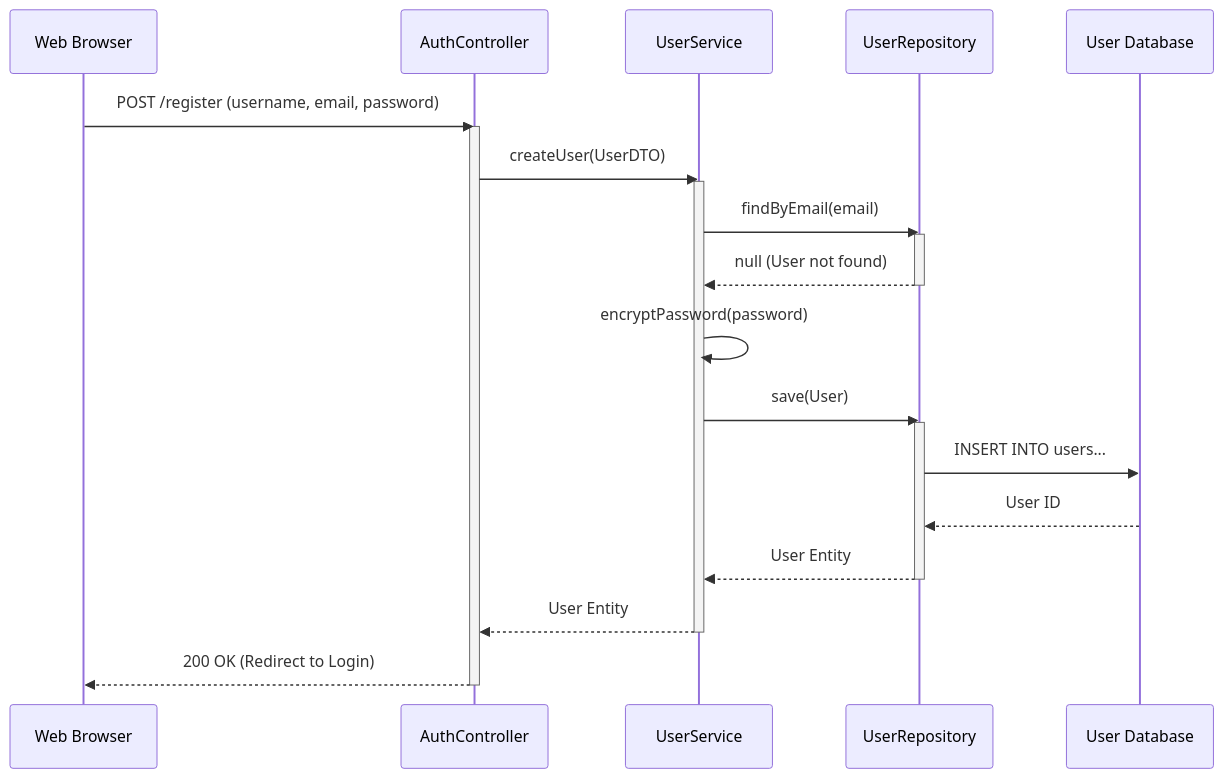
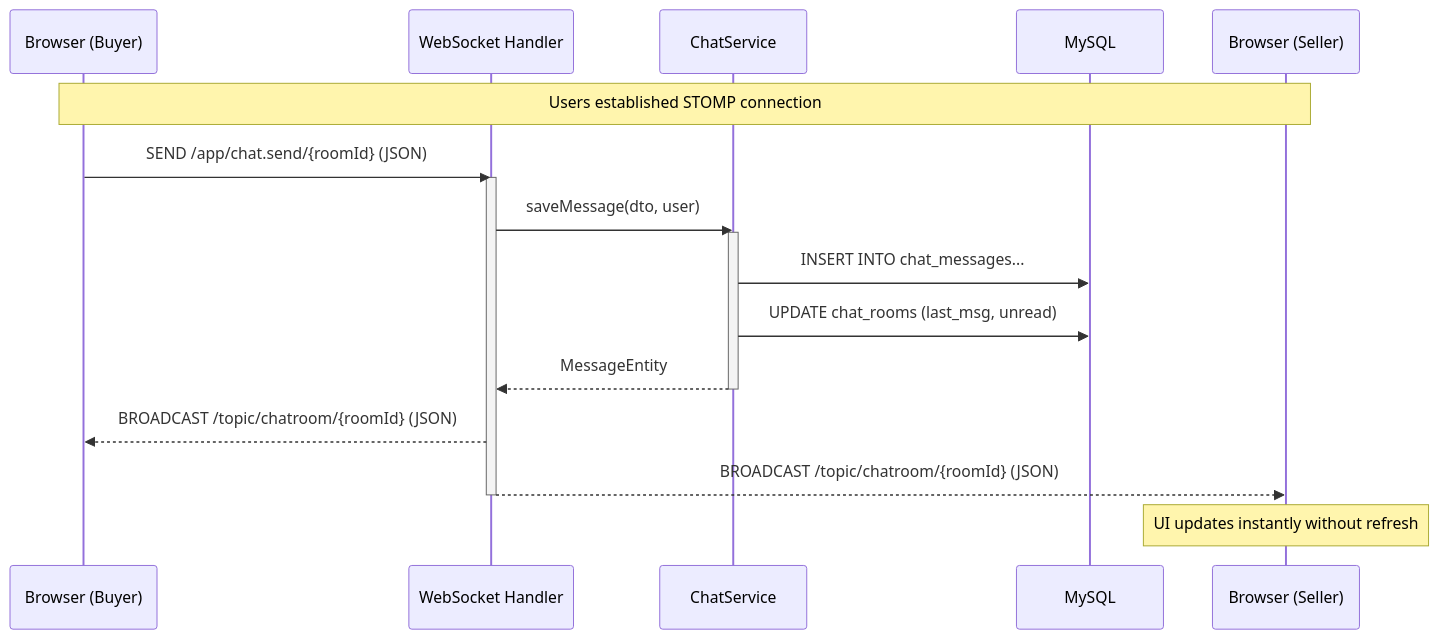
Before and after one commit to Rebbouh-Mohamed/Marketplace-App: the second of 5 diagrams in docs/uml_diagrams.md, drawn with Mermaid. The commit also changed other lines of this file and 8 other files, not shown here.

````diff
--- a/docs/uml_diagrams.md
+++ b/docs/uml_diagrams.md
@@ -58,31 +47,25 @@
 ```mermaid
 sequenceDiagram
-    participant Client as Web Browser
-    participant Controller as AuthController
-    participant Service as UserService
-    participant Repo as UserRepository
-    participant DB as User Database
+    participant ClientA as Browser (Buyer)
+    participant WS as WebSocket Handler
+    participant Service as ChatService
+    participant DB as MySQL
+    participant ClientB as Browser (Seller)
 
-    Client->>Controller: POST /register (username, email, password)
-    activate Controller
-    Controller->>Service: createUser(UserDTO)
+    Note over ClientA, ClientB: Users established STOMP connection
+    
+    ClientA->>WS: SEND /app/chat.send/{roomId} (JSON)
+    activate WS
+    WS->>Service: saveMessage(dto, user)
     activate Service
+    Service->>DB: INSERT INTO chat_messages...
+    Service->>DB: UPDATE chat_rooms (last_msg, unread)
+    Service-->>WS: MessageEntity
+    deactivate Service
     
-    Service->>Repo: findByEmail(email)
-    activate Repo
-    Repo-->>Service: null (User not found)
-    deactivate Repo
-
-    Service->>Service: encryptPassword(password)
-    Service->>Repo: save(User)
-    activate Repo
-    Repo->>DB: INSERT INTO users...
-    DB-->>Repo: User ID
-    Repo-->>Service: User Entity
-    deactivate Repo
-
-    Service-->>Controller: User Entity
-    deactivate Service
-    Controller-->>Client: 200 OK (Redirect to Login)
-    deactivate Controller
+    WS-->>ClientA: BROADCAST /topic/chatroom/{roomId} (JSON)
+    WS-->>ClientB: BROADCAST /topic/chatroom/{roomId} (JSON)
+    deactivate WS
+    
+    Note over ClientB: UI updates instantly without refresh
 ```
````
